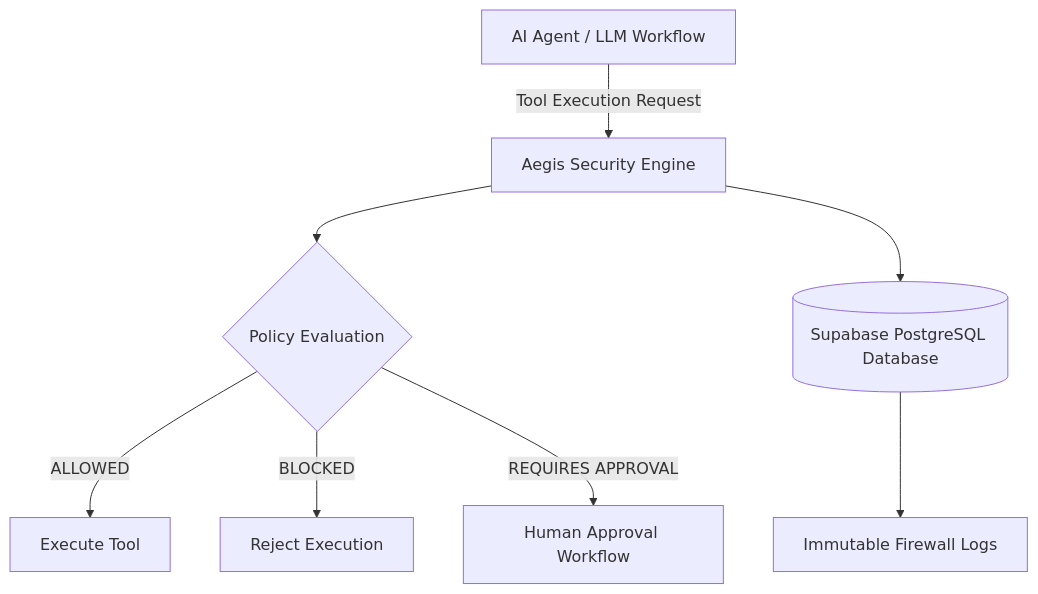
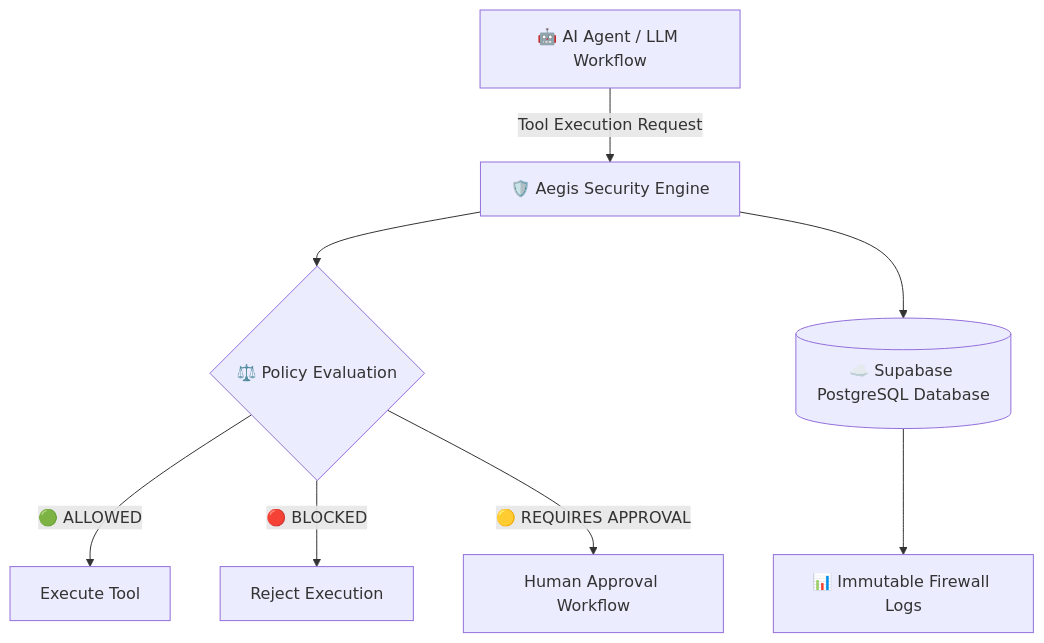
The first of 3 diagrams in README.md (hamzatanvir-developer/Aegis---The-Tool-Firewall), drawn with Mermaid before and after one commit. The commit also changed other lines of this file, not shown here.

````diff
--- a/README.md
+++ b/README.md
@@ -84,19 +416,23 @@
 ```mermaid
 flowchart TD
 
-A[AI Agent / LLM Workflow]
+A[🤖 AI Agent / LLM Workflow]
 
-A -->|Tool Execution Request| B[Aegis Security Engine]
+A -->|Tool Execution Request| B[🛡️ Aegis Security Engine]
 
-B --> C{Policy Evaluation}
 
-C -->|ALLOWED| D[Execute Tool]
+B --> C{⚖️ Policy Evaluation}
 
-C -->|BLOCKED| E[Reject Execution]
 
-C -->|REQUIRES APPROVAL| F[Human Approval Workflow]
+C -->|🟢 ALLOWED| D[Execute Tool]
 
-B --> G[(Supabase PostgreSQL Database)]
+C -->|🔴 BLOCKED| E[Reject Execution]
 
-G --> H[Immutable Firewall Logs]
+C -->|🟡 REQUIRES APPROVAL| F[Human Approval Workflow]
+
+
+B --> G[(☁️ Supabase PostgreSQL Database)]
+
+
+G --> H[📊 Immutable Firewall Logs]
 ```
````
